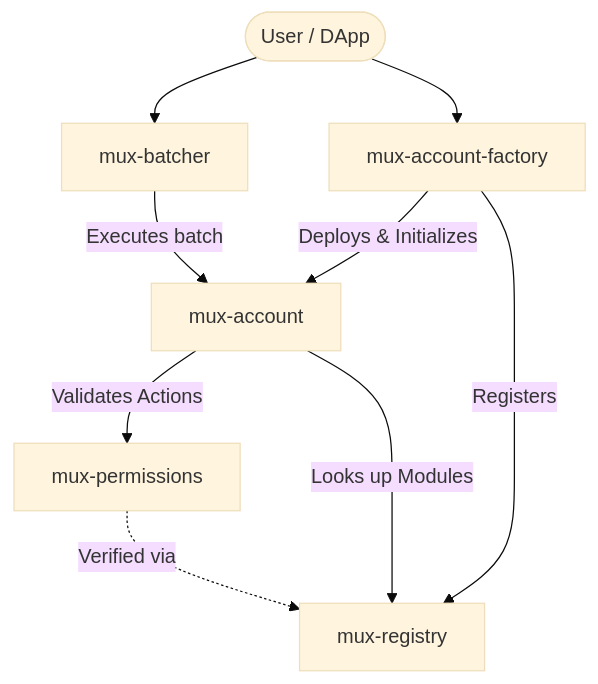
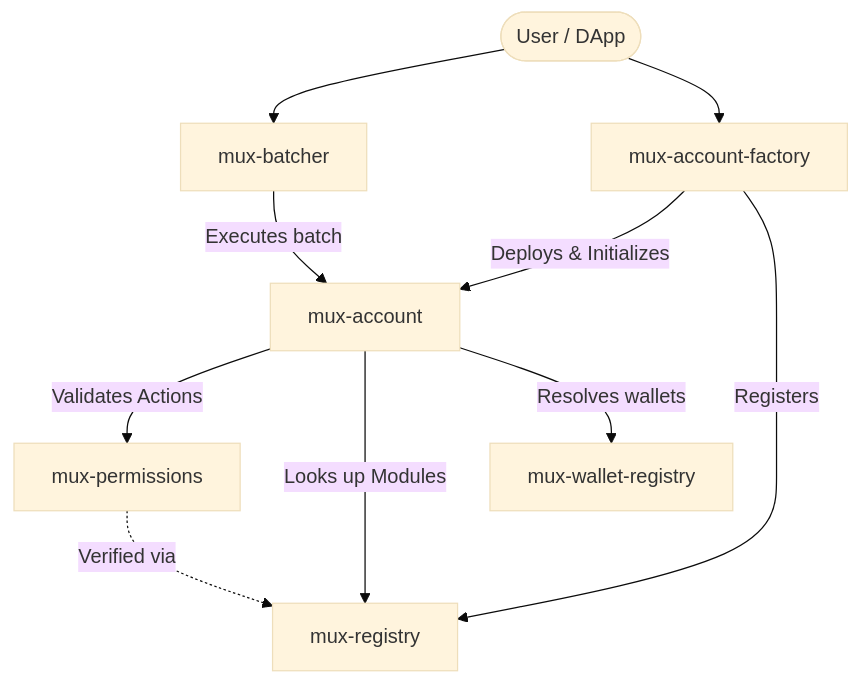
Before and after one commit to mux-labs/mux-contracts: the diagram in docs/architecture-overview.md, drawn with Mermaid (base theme). The commit also changed other lines of this file and 4 other files, not shown here.

First line of the commit message:
Document mux-wallet-registry public interface (#311)

````diff
--- a/docs/architecture-overview.md
+++ b/docs/architecture-overview.md
@@ -17,15 +18,16 @@
 ```mermaid
 graph TD
     User([User / DApp]) --> Batcher[mux-batcher]
     User --> Factory[mux-account-factory]
     
     Factory -->|Deploys & Initializes| Account[mux-account]
     
     Batcher -->|Executes batch| Account
     
     Account -->|Validates Actions| Permissions[mux-permissions]
     
     Account -->|Looks up Modules| Registry[mux-registry]
     Factory -->|Registers| Registry
     Permissions -.->|Verified via| Registry
+    Account -->|Resolves wallets| WalletRegistry[mux-wallet-registry]
 ```
````
